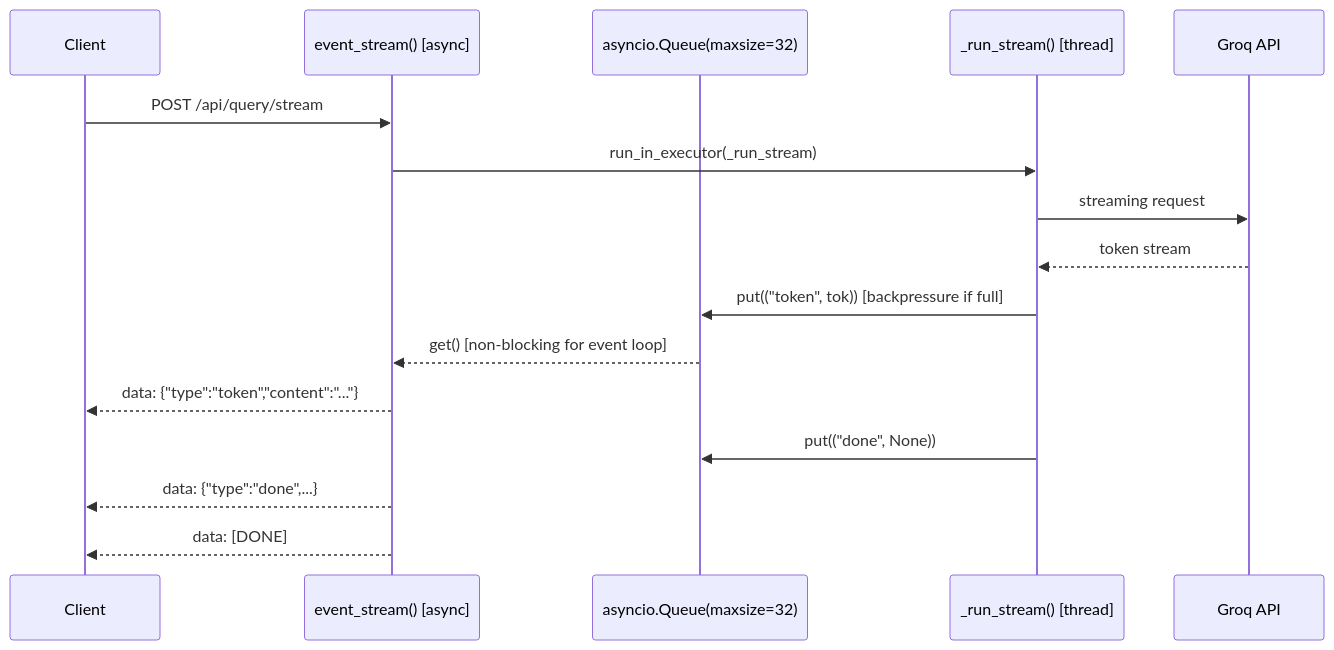
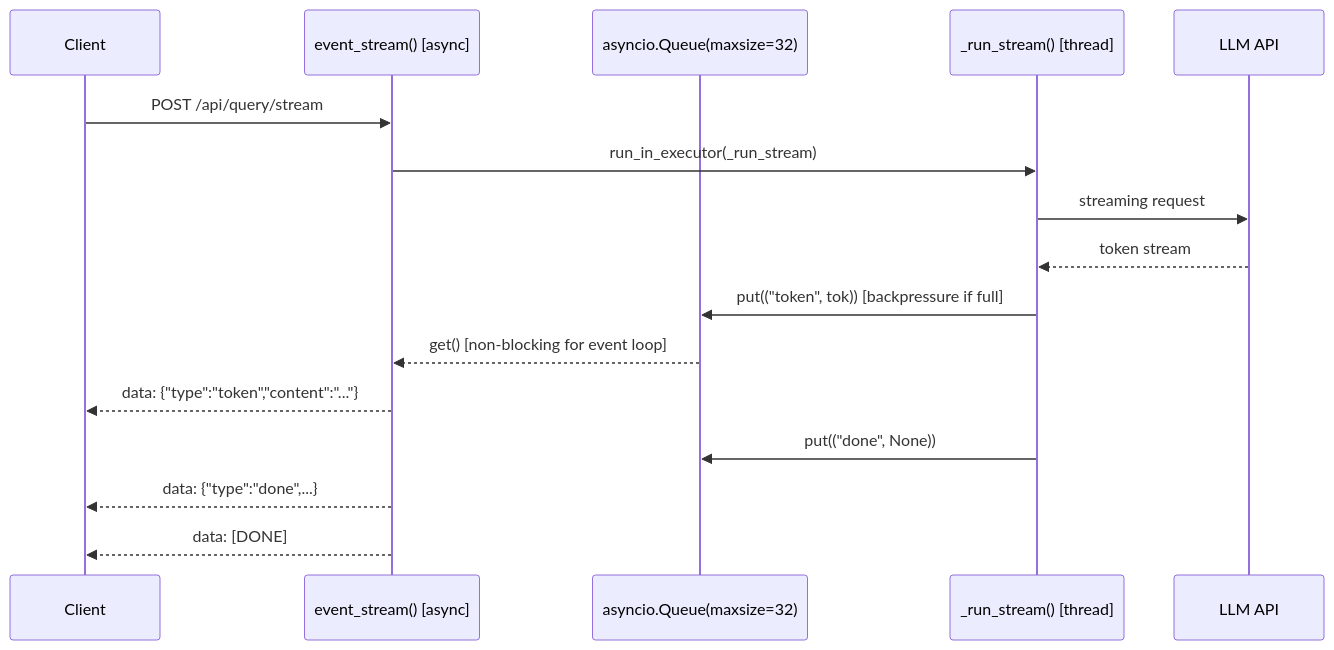
Before and after one commit to sharanharsoor/antardarshan: the fourth of 4 diagrams in ENGINEERING.md, drawn with Mermaid. The commit also changed other lines of this file and 2 other files, not shown here.

````diff
--- a/ENGINEERING.md
+++ b/ENGINEERING.md
@@ -216,19 +216,19 @@
 ```mermaid
 sequenceDiagram
     participant C as Client
     participant E as event_stream() [async]
     participant Q as asyncio.Queue(maxsize=32)
     participant T as _run_stream() [thread]
-    participant G as Groq API
+    participant G as LLM API
 
     C->>E: POST /api/query/stream
     E->>T: run_in_executor(_run_stream)
     T->>G: streaming request
     G-->>T: token stream
     T->>Q: put(("token", tok)) [backpressure if full]
     Q-->>E: get() [non-blocking for event loop]
     E-->>C: data: {"type":"token","content":"..."}
     T->>Q: put(("done", None))
     E-->>C: data: {"type":"done",...}
     E-->>C: data: [DONE]
 ```
````
